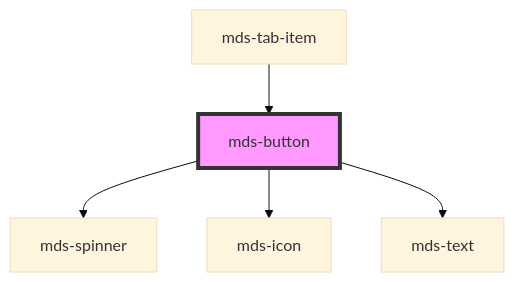
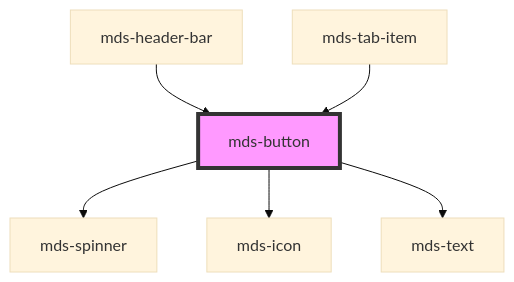
Before and after one commit to magma-design-system/magma: the diagram in projects/stencil/src/components/mds-button/readme.md, drawn with Mermaid (base theme). The commit also changed other lines of this file and 4 other files, not shown here.

````diff
--- a/projects/stencil/src/components/mds-button/readme.md
+++ b/projects/stencil/src/components/mds-button/readme.md
@@ -66,8 +67,9 @@
 ```mermaid
 graph TD;
   mds-button --> mds-spinner
   mds-button --> mds-icon
   mds-button --> mds-text
+  mds-header-bar --> mds-button
   mds-tab-item --> mds-button
   style mds-button fill:#f9f,stroke:#333,stroke-width:4px
 ```
````
